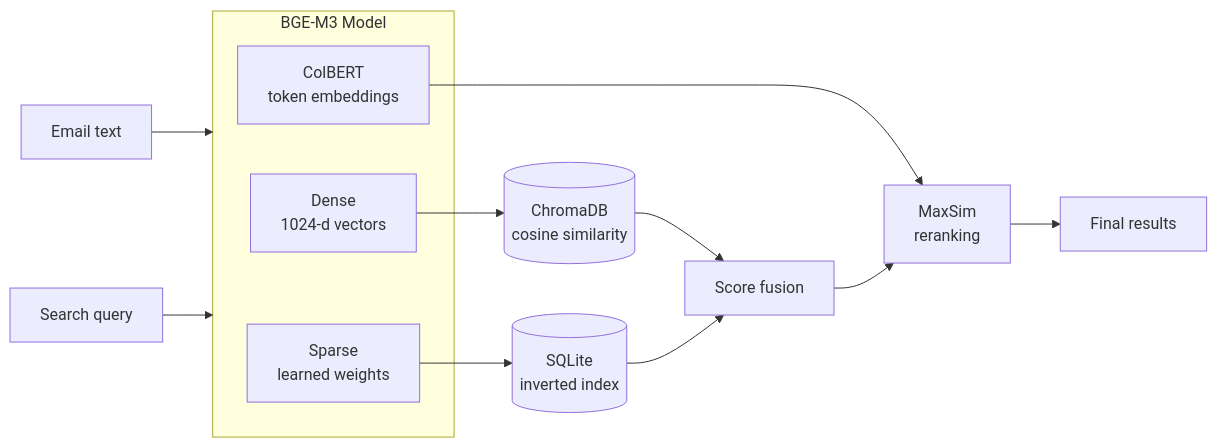
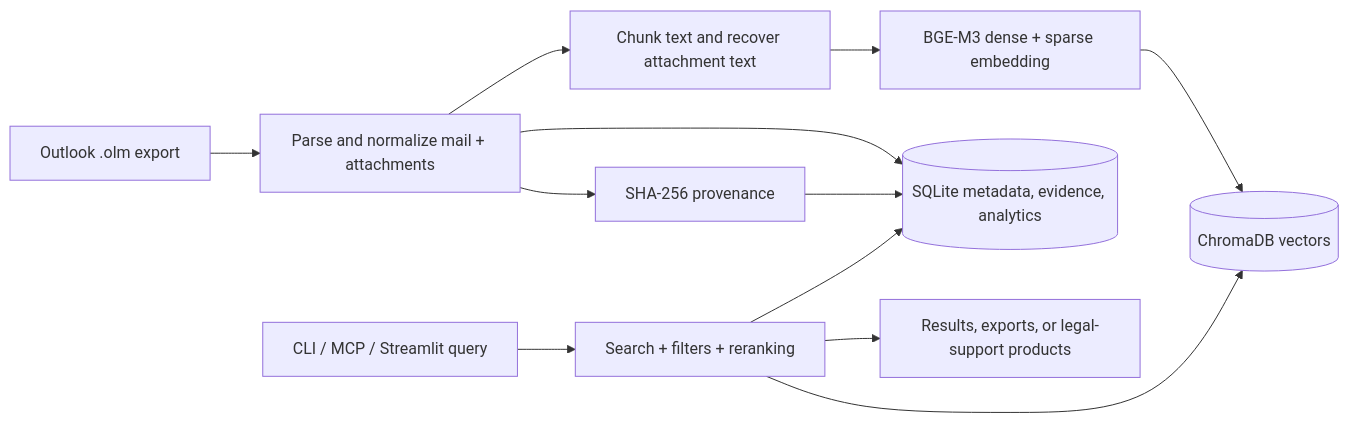
Before and after one commit to sebastianspicker/mailarium-olm: the first of 2 diagrams in README.md, drawn with Mermaid. The commit also changed other lines of this file and 707 other files, not shown here.

````diff
--- a/README.md
+++ b/README.md
@@ -90,19 +34,15 @@
 ```mermaid
 flowchart LR
-    subgraph BGE-M3["BGE-M3 Model"]
-        D["Dense\n1024-d vectors"]
-        S["Sparse\nlearned weights"]
-        C["ColBERT\ntoken embeddings"]
-    end
+    OLM["Outlook .olm export"] --> PARSE["Parse and normalize mail + attachments"]
+    PARSE --> HASH["SHA-256 provenance"]
+    PARSE --> CHUNK["Chunk text and recover attachment text"]
+    CHUNK --> EMBED["BGE-M3 dense + sparse embedding"]
+    EMBED --> CHROMA[("ChromaDB vectors")]
+    PARSE --> SQLITE[("SQLite metadata, evidence, analytics")]
+    HASH --> SQLITE
 
-    INPUT["Email text"] --> BGE-M3
-    D --> CHROMA[("ChromaDB\ncosine similarity")]
-    S --> SPARSE[("SQLite\ninverted index")]
-    C --> RERANK["MaxSim\nreranking"]
-
-    QUERY["Search query"] --> BGE-M3
-    CHROMA --> FUSE["Score fusion"]
-    SPARSE --> FUSE
-    FUSE --> RERANK
-    RERANK --> RESULTS["Final results"]
+    QUERY["CLI / MCP / Streamlit query"] --> RETRIEVE["Search + filters + reranking"]
+    RETRIEVE --> CHROMA
+    RETRIEVE --> SQLITE
+    RETRIEVE --> ANSWER["Results, exports, or legal-support products"]
 ```
````
